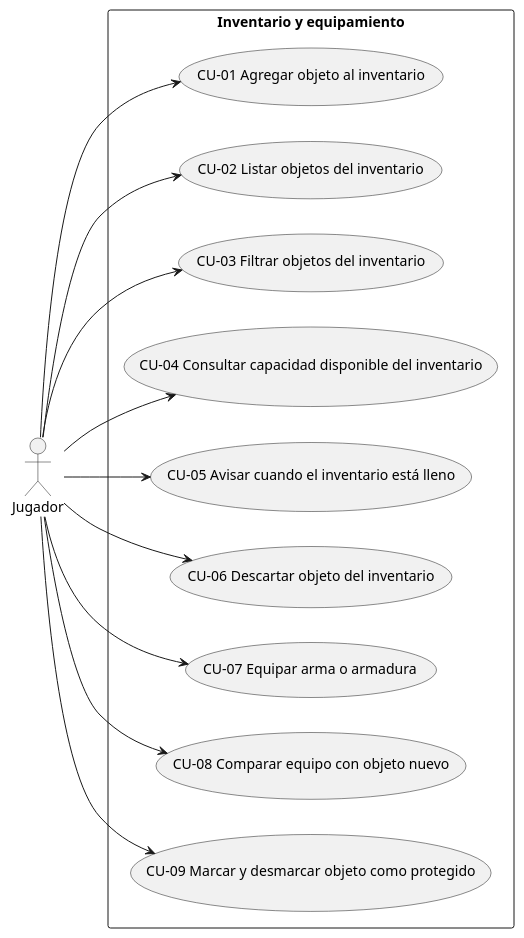
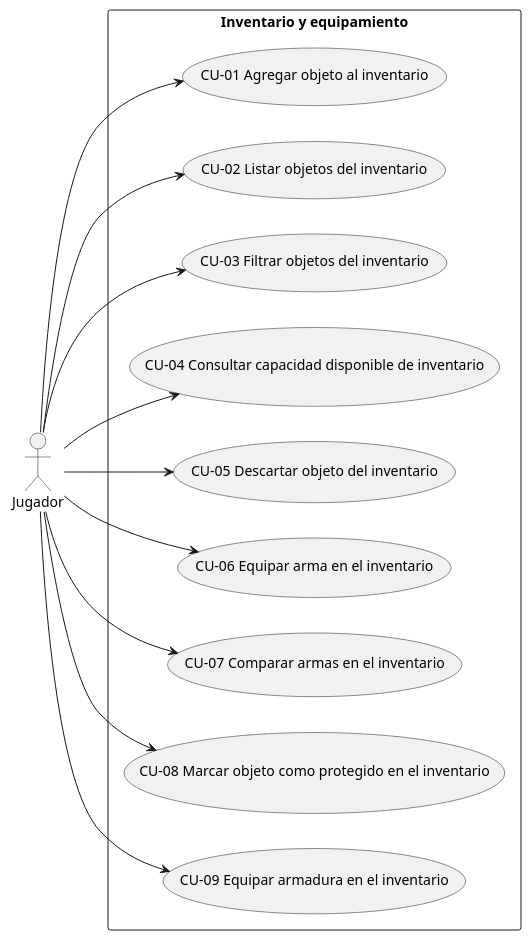
Before and after one commit to Samuel-uxn/analisis-final-g02: the diagram in salida/diagramas/01_casos_de_uso.puml, drawn with PlantUML. The commit also changed 21 other files, not shown here.

```diff
--- a/salida/diagramas/01_casos_de_uso.puml
+++ b/salida/diagramas/01_casos_de_uso.puml
@@ -1,28 +1,28 @@
 @startuml
 ' Generado por spec2code. Es una PROPUESTA del pipeline: audítala contra la spec.
 left to right direction
 skinparam packageStyle rectangle
 actor "Jugador" as A1
 
 rectangle "Inventario y equipamiento" {
   usecase "CU-01 Agregar objeto al inventario" as CU_01
   usecase "CU-02 Listar objetos del inventario" as CU_02
   usecase "CU-03 Filtrar objetos del inventario" as CU_03
-  usecase "CU-04 Consultar capacidad disponible del inventario" as CU_04
-  usecase "CU-05 Avisar cuando el inventario está lleno" as CU_05
-  usecase "CU-06 Descartar objeto del inventario" as CU_06
-  usecase "CU-07 Equipar arma o armadura" as CU_07
-  usecase "CU-08 Comparar equipo con objeto nuevo" as CU_08
-  usecase "CU-09 Marcar y desmarcar objeto como protegido" as CU_09
+  usecase "CU-04 Consultar capacidad disponible de inventario" as CU_04
+  usecase "CU-05 Descartar objeto del inventario" as CU_05
+  usecase "CU-06 Equipar arma en el inventario" as CU_06
+  usecase "CU-07 Comparar armas en el inventario" as CU_07
+  usecase "CU-08 Marcar objeto como protegido en el inventario" as CU_08
+  usecase "CU-09 Equipar armadura en el inventario" as CU_09
 }
 
 A1 --> CU_01
 A1 --> CU_02
 A1 --> CU_03
 A1 --> CU_04
 A1 --> CU_05
 A1 --> CU_06
 A1 --> CU_07
 A1 --> CU_08
 A1 --> CU_09
 @enduml
```
